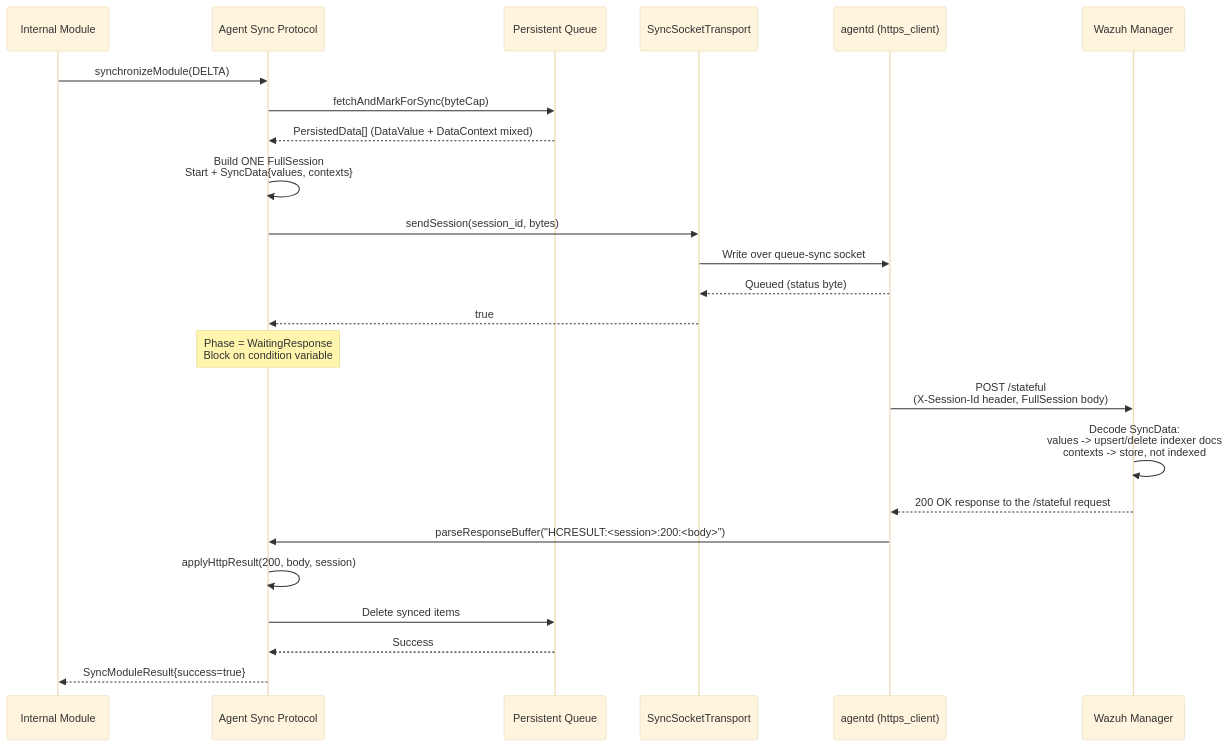
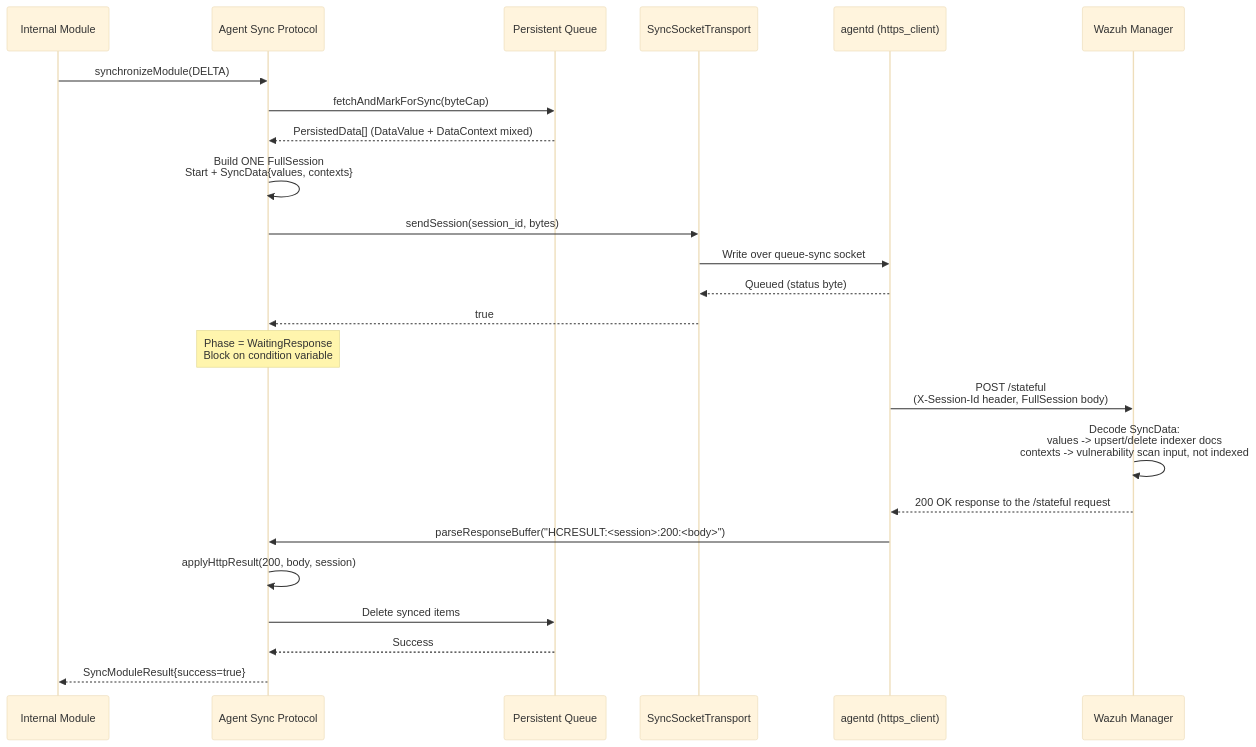
The third of 12 diagrams in docs/ref/modules/utils/sync-protocol/sequence-diagrams.md (wazuh/wazuh), drawn with Mermaid (base theme) before and after one commit. The commit also changed other lines of this file and 264 other files, not shown here.

````diff
--- a/docs/ref/modules/utils/sync-protocol/sequence-diagrams.md
+++ b/docs/ref/modules/utils/sync-protocol/sequence-diagrams.md
@@ -54,31 +54,31 @@
 ```mermaid
 sequenceDiagram
     participant Module as Internal Module
     participant ASP as Agent Sync Protocol
     participant Queue as Persistent Queue
     participant Transport as SyncSocketTransport
     participant AD as agentd (https_client)
     participant Manager as Wazuh Manager
 
     Module->>ASP: synchronizeModule(DELTA)
     ASP->>Queue: fetchAndMarkForSync(byteCap)
     Queue-->>ASP: PersistedData[] (DataValue + DataContext mixed)
 
     ASP->>ASP: Build ONE FullSession<br/>Start + SyncData{values, contexts}
     ASP->>Transport: sendSession(session_id, bytes)
     Transport->>AD: Write over queue-sync socket
     AD-->>Transport: Queued (status byte)
     Transport-->>ASP: true
 
     Note over ASP: Phase = WaitingResponse<br/>Block on condition variable
 
     AD->>Manager: POST /stateful<br/>(X-Session-Id header, FullSession body)
-    Manager->>Manager: Decode SyncData:<br/>values -> upsert/delete indexer docs<br/>contexts -> store, not indexed
+    Manager->>Manager: Decode SyncData:<br/>values -> upsert/delete indexer docs<br/>contexts -> vulnerability scan input, not indexed
     Manager-->>AD: 200 OK response to the /stateful request
     AD->>ASP: parseResponseBuffer("HCRESULT:<session>:200:<body>")
     ASP->>ASP: applyHttpResult(200, body, session)
     ASP->>Queue: Delete synced items
     Queue-->>ASP: Success
 
     ASP-->>Module: SyncModuleResult{success=true}
 ```
````
